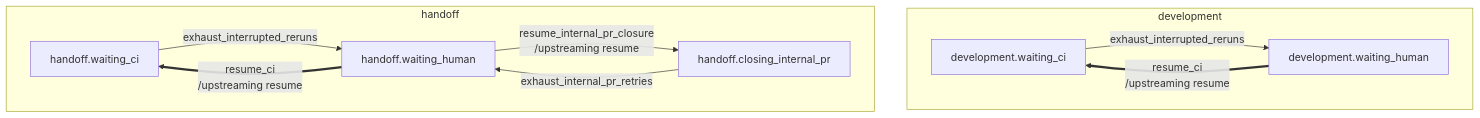
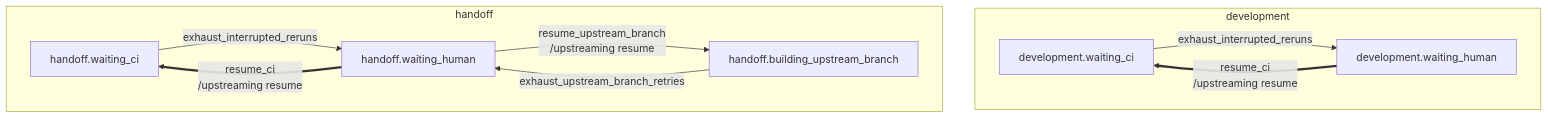
One commit to riseproject-dev/porting-agent changed diagram 38 of 60 in docs/state-machine/decisions.md. Above: the diagram before and after it, drawn with Mermaid. The commit also changed other lines of this file and 55 other files, not shown here.

````diff
--- a/docs/state-machine/decisions.md
+++ b/docs/state-machine/decisions.md
@@ -906,19 +908,19 @@
 ```mermaid
 flowchart TB
     subgraph development["development"]
         development_waiting_ci["development.waiting_ci"]
         development_waiting_human["development.waiting_human"]
     end
     subgraph handoff["handoff"]
         handoff_waiting_ci["handoff.waiting_ci"]
-        handoff_closing_internal_pr["handoff.closing_internal_pr"]
+        handoff_building_upstream_branch["handoff.building_upstream_branch"]
         handoff_waiting_human["handoff.waiting_human"]
     end
 
     development_waiting_ci -->|exhaust_interrupted_reruns| development_waiting_human
     development_waiting_human ==>|resume_ci<br/>/upstreaming resume| development_waiting_ci
     handoff_waiting_ci -->|exhaust_interrupted_reruns| handoff_waiting_human
     handoff_waiting_human ==>|resume_ci<br/>/upstreaming resume| handoff_waiting_ci
-    handoff_closing_internal_pr -->|exhaust_internal_pr_retries| handoff_waiting_human
-    handoff_waiting_human -->|resume_internal_pr_closure<br/>/upstreaming resume| handoff_closing_internal_pr
+    handoff_building_upstream_branch -->|exhaust_upstream_branch_retries| handoff_waiting_human
+    handoff_waiting_human -->|resume_upstream_branch<br/>/upstreaming resume| handoff_building_upstream_branch
 ```
````
